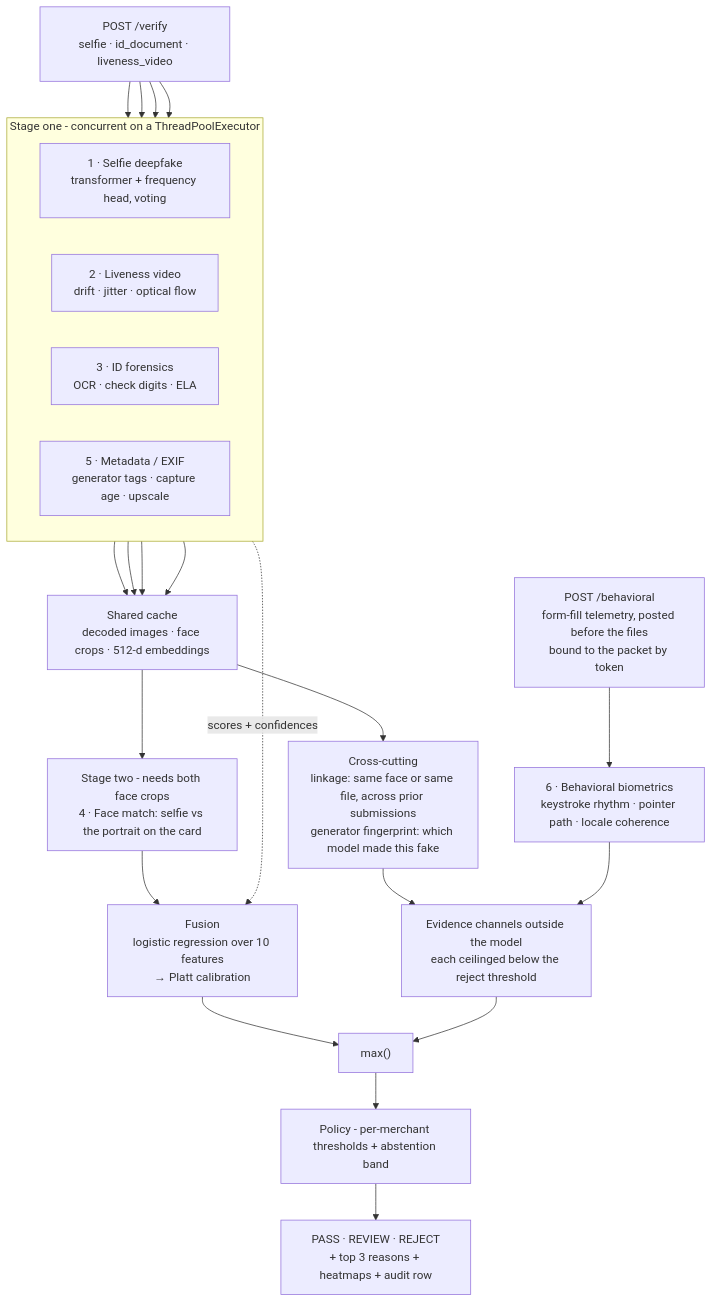
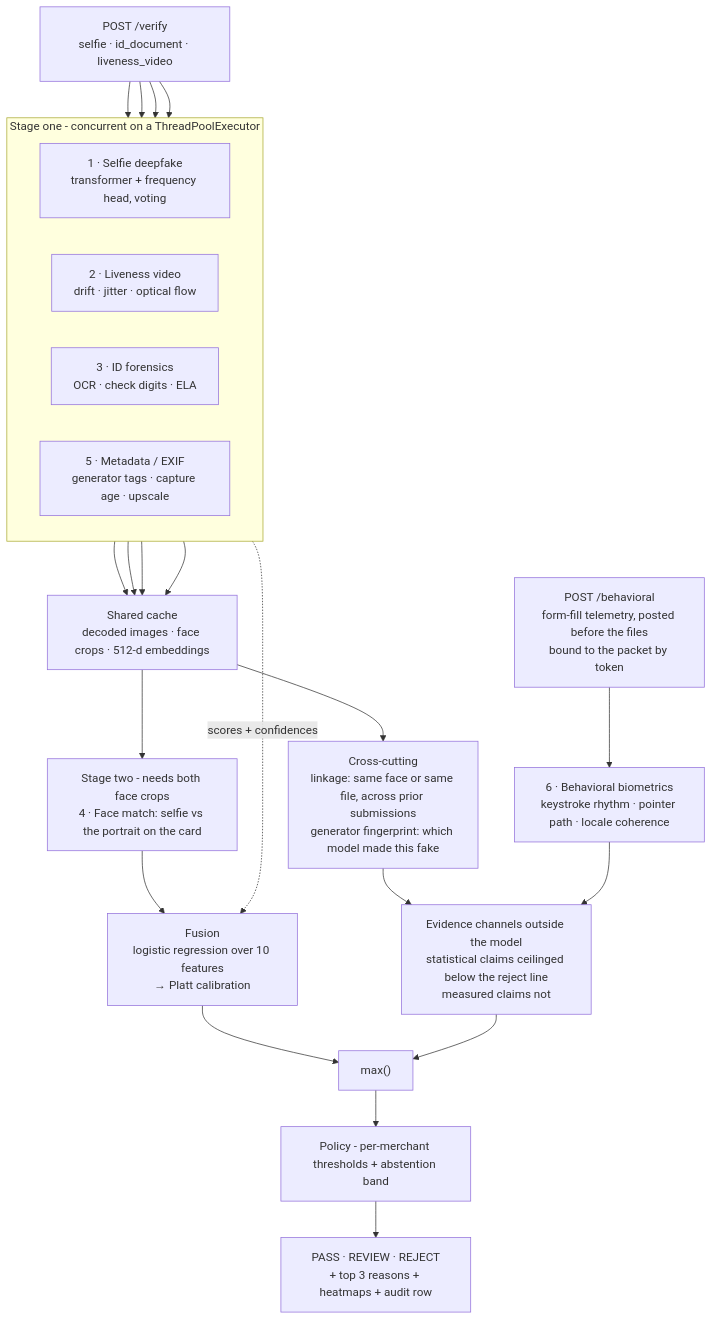
One commit to Abhist17/verityne changed the second of 4 diagrams in README.md. Above: the diagram before and after it, drawn with Mermaid. The commit also changed other lines of this file and 1 other file, not shown here.

First line of the commit message:
docs: which face comparison is capped, and which one can reject

````diff
--- a/README.md
+++ b/README.md
@@ -168,31 +168,31 @@
 ```mermaid
 flowchart TB
     IN["POST /verify<br/>selfie · id_document · liveness_video"]
 
     subgraph ST1["Stage one - concurrent on a ThreadPoolExecutor"]
         direction LR
         D1["1 · Selfie deepfake<br/>transformer + frequency head, voting"]
         D2["2 · Liveness video<br/>drift · jitter · optical flow"]
         D3["3 · ID forensics<br/>OCR · check digits · ELA"]
         D5["5 · Metadata / EXIF<br/>generator tags · capture age · upscale"]
     end
 
     IN --> D1 & D2 & D3 & D5
     D1 & D2 & D3 & D5 --> CACHE["Shared cache<br/>decoded images · face crops · 512-d embeddings"]
 
     CACHE --> D4["Stage two - needs both face crops<br/>4 · Face match: selfie vs the portrait on the card"]
     CACHE --> XC["Cross-cutting<br/>linkage: same face or same file, across prior submissions<br/>generator fingerprint: which model made this fake"]
 
     TEL["POST /behavioral<br/>form-fill telemetry, posted before the files<br/>bound to the packet by token"] --> D6["6 · Behavioral biometrics<br/>keystroke rhythm · pointer path · locale coherence"]
 
     D4 --> FUSE["Fusion<br/>logistic regression over 10 features<br/>→ Platt calibration"]
     ST1 -.->|"scores + confidences"| FUSE
 
-    XC --> CEIL["Evidence channels outside the model<br/>each ceilinged below the reject threshold"]
+    XC --> CEIL["Evidence channels outside the model<br/>statistical claims ceilinged below the reject line<br/>measured claims not"]
     D6 --> CEIL
 
     FUSE --> MAX["max()"]
     CEIL --> MAX
     MAX --> POL["Policy - per-merchant thresholds + abstention band"]
     POL --> OUT["PASS · REVIEW · REJECT<br/>+ top 3 reasons + heatmaps + audit row"]
 ```
````
